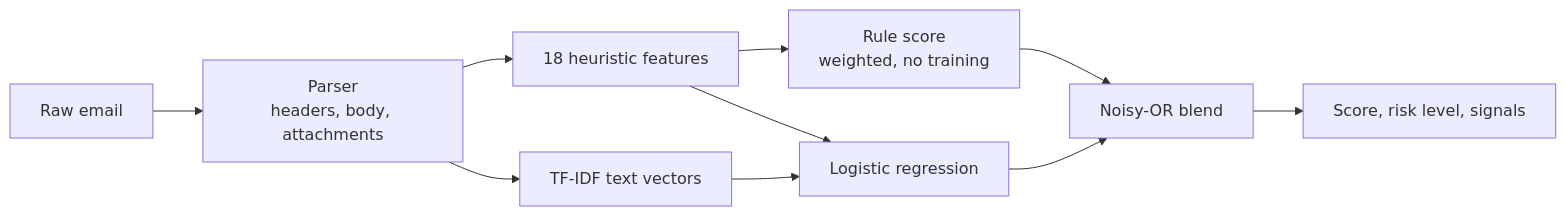
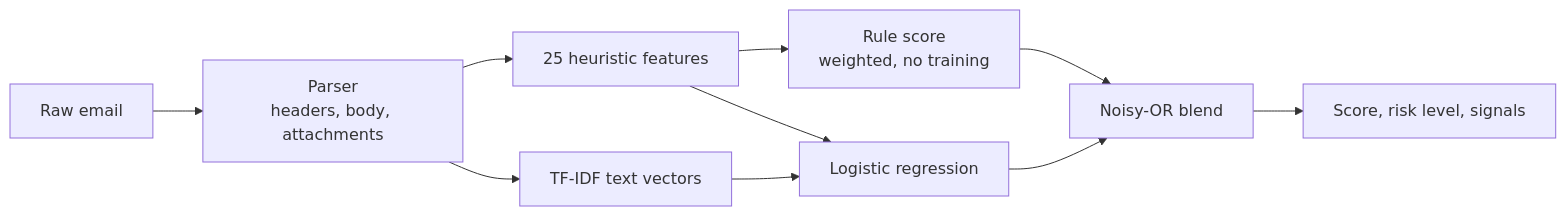
The diagram in README.md (amujacic2/Email-Fraud-Detection), drawn with Mermaid before and after one commit. The commit also changed other lines of this file and 7 other files, not shown here.

````diff
--- a/README.md
+++ b/README.md
@@ -22,12 +22,12 @@
 ```mermaid
 flowchart LR
     A[Raw email] --> B[Parser<br/>headers, body, attachments]
-    B --> C[18 heuristic features]
+    B --> C[25 heuristic features]
     B --> D[TF-IDF text vectors]
     C --> E[Rule score<br/>weighted, no training]
     C --> F[Logistic regression]
     D --> F
     E --> G[Noisy-OR blend]
     F --> G
     G --> H[Score, risk level, signals]
 ```
````
